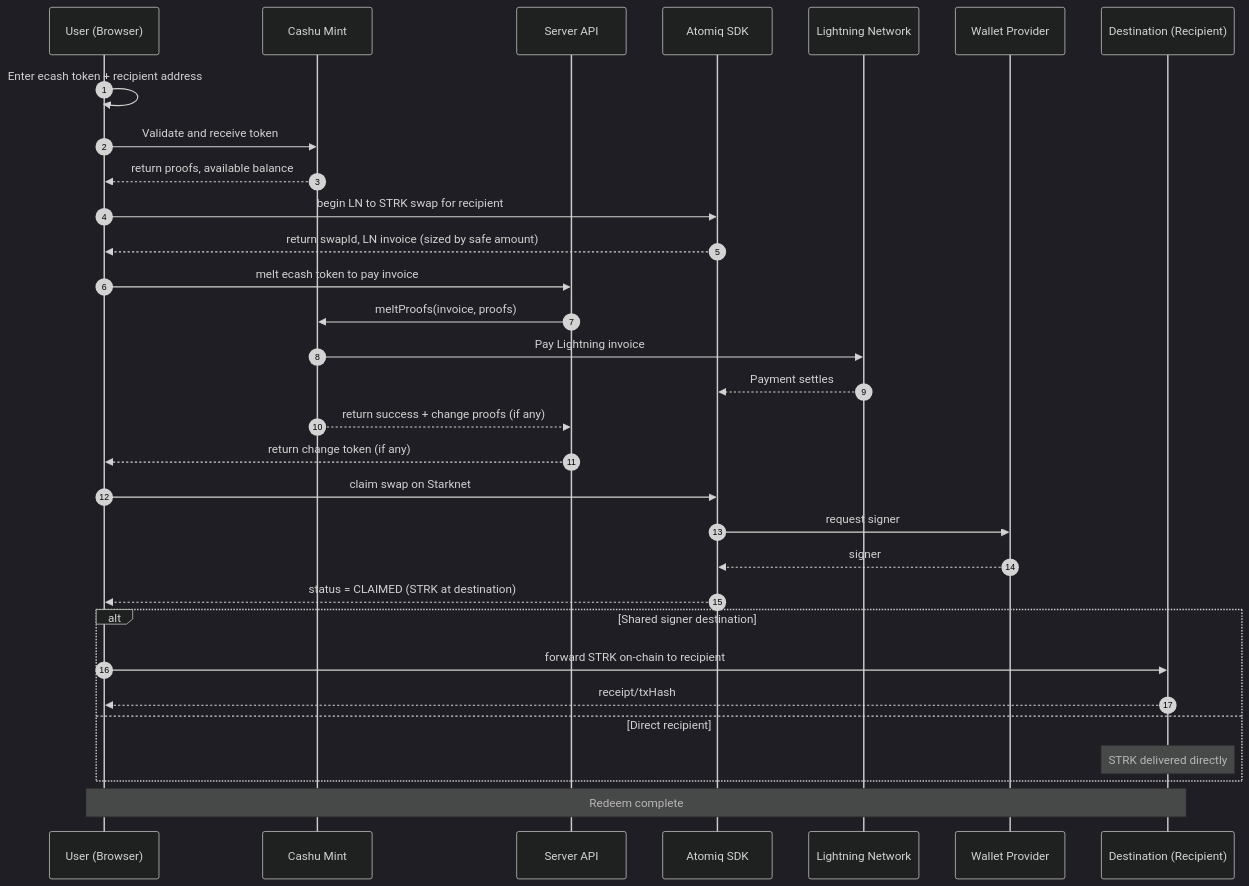
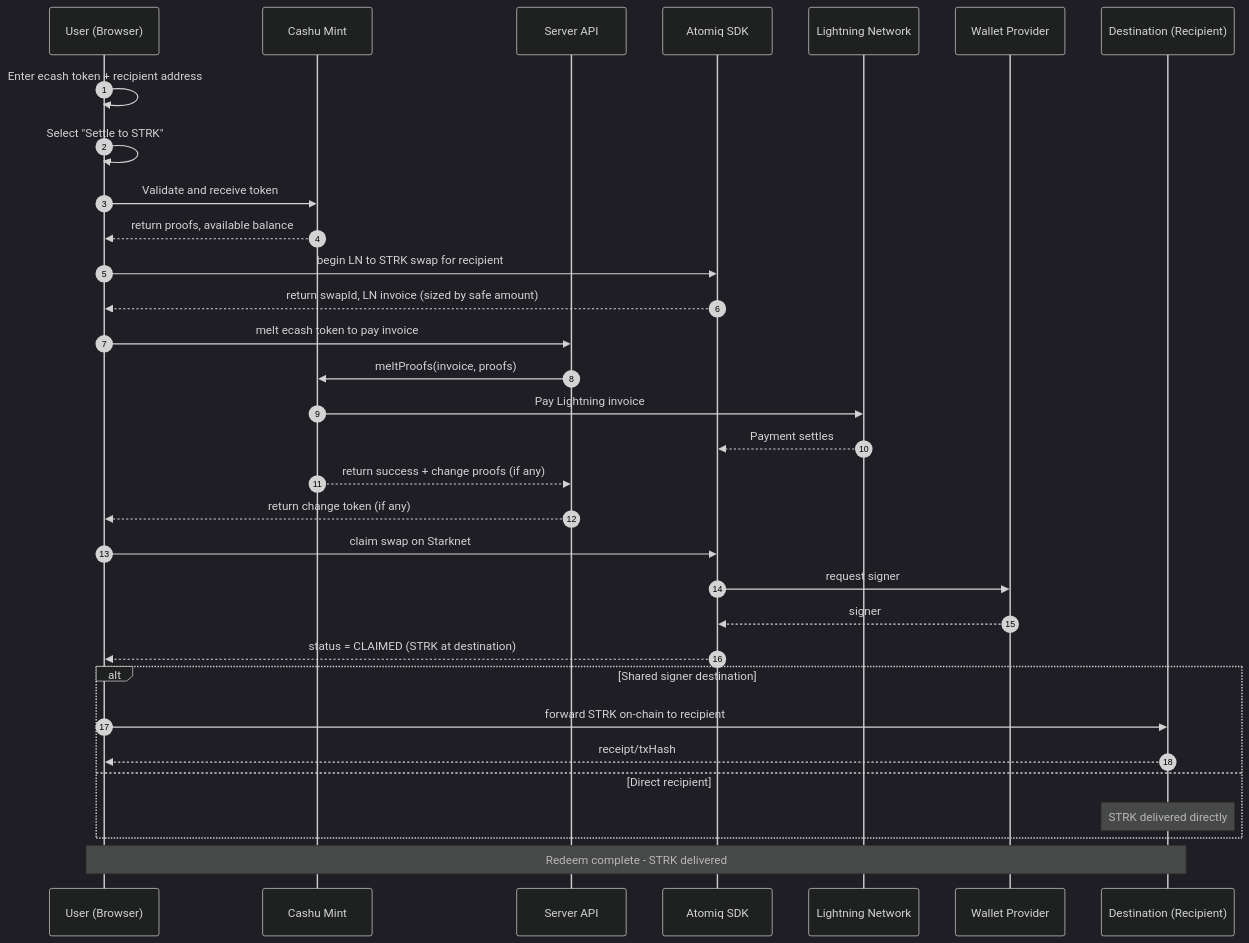
Before and after one commit to leojay-net/SLPM: the third of 7 diagrams in public/docs/MIXER_ARCHITECTURE.md, drawn with Mermaid (dark theme). The commit also changed other lines of this file and 5 other files, not shown here.

First line of the commit message:
feat: Enhance redemption flow with direct Lightning invoice option

````diff
--- a/public/docs/MIXER_ARCHITECTURE.md
+++ b/public/docs/MIXER_ARCHITECTURE.md
@@ -320,39 +337,40 @@
 ```mermaid
 sequenceDiagram
     autonumber
     participant U as User (Browser)
     participant M as Cashu Mint
     participant S as Server API
     participant A as Atomiq SDK
     participant L as Lightning Network
     participant W as Wallet Provider
     participant D as Destination (Recipient)
 
     U->>U: Enter ecash token + recipient address
+    U->>U: Select "Settle to STRK"
     U->>M: Validate and receive token
     M-->>U: return proofs, available balance
 
     U->>A: begin LN to STRK swap for recipient
     A-->>U: return swapId, LN invoice (sized by safe amount)
 
     U->>S: melt ecash token to pay invoice
     S->>M: meltProofs(invoice, proofs)
     M->>L: Pay Lightning invoice
     L-->>A: Payment settles
     M-->>S: return success + change proofs (if any)
     S-->>U: return change token (if any)
 
     U->>A: claim swap on Starknet
     A->>W: request signer
     W-->>A: signer
     A-->>U: status = CLAIMED (STRK at destination)
 
     alt Shared signer destination
         U->>D: forward STRK on-chain to recipient
         D-->>U: receipt/txHash
     else Direct recipient
         note over D: STRK delivered directly
     end
 
-    note over U,D: Redeem complete
+    note over U,D: Redeem complete - STRK delivered
 ```
````
